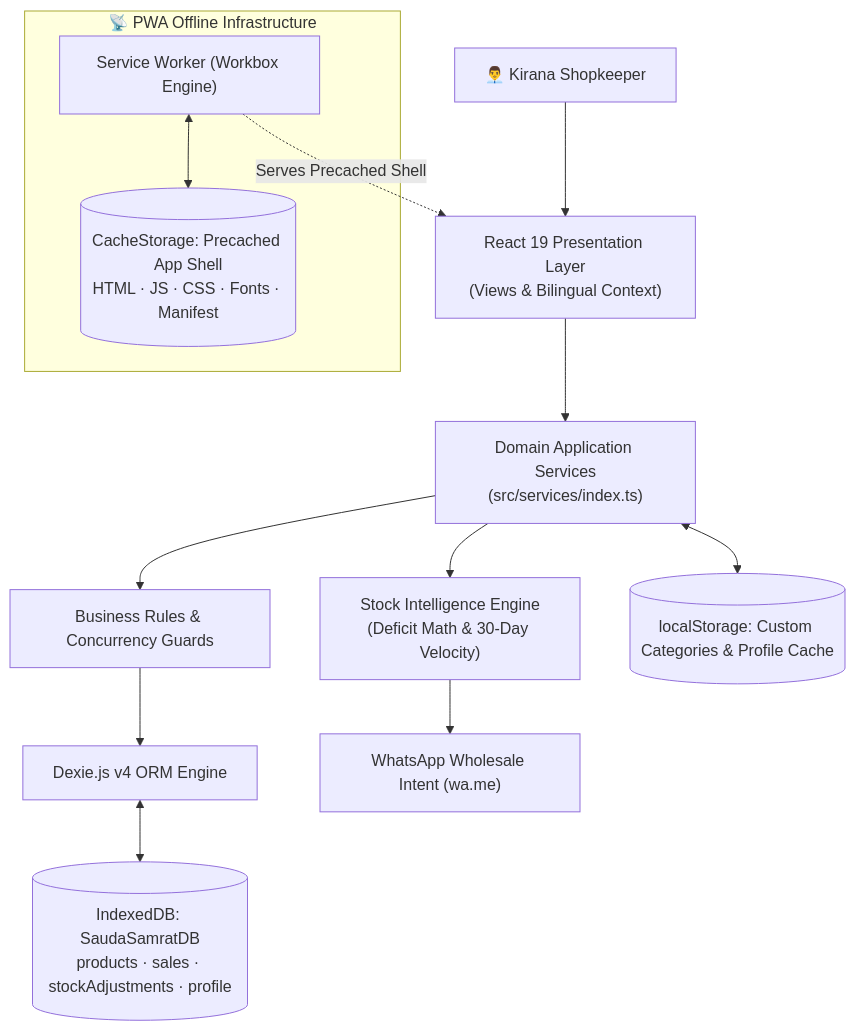
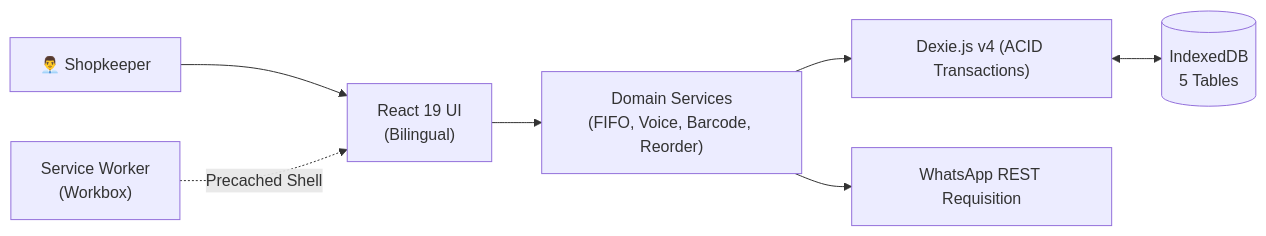
One commit to tiwari-priyanshu05/SaudaSamrat changed the first of 7 diagrams in README.md. Above: the diagram before and after it, drawn with Mermaid. The commit also changed other lines of this file and 76 other files, not shown here.

Commit message:
feat: complete SaudaSamrat offline kirana inventory PWA with Modern Indian Retail UI, 9 phases & 169 tests

````diff
--- a/README.md
+++ b/README.md
@@ -182,20 +177,9 @@
 ```mermaid
-flowchart TD
-    User["👨‍💼 Kirana Shopkeeper"] --> UI["React 19 Presentation Layer\n(Views & Bilingual Context)"]
-    
-    subgraph PWA["📡 PWA Offline Infrastructure"]
-        SW["Service Worker (Workbox Engine)"] <--> Cache[("CacheStorage: Precached App Shell\nHTML · JS · CSS · Fonts · Manifest")]
-    end
-
-    SW -.->|"Serves Precached Shell"| UI
-
-    UI --> Services["Domain Application Services\n(src/services/index.ts)"]
-    Services --> Validation["Business Rules & Concurrency Guards"]
-    Services --> Intel["Stock Intelligence Engine\n(Deficit Math & 30-Day Velocity)"]
-    
-    Validation --> Dexie["Dexie.js v4 ORM Engine"]
-    Dexie <--> IDB[("IndexedDB: SaudaSamratDB\nproducts · sales · stockAdjustments · profile")]
-    Services <--> LS[("localStorage: Custom Categories & Profile Cache")]
-    
-    Intel --> WA["WhatsApp Wholesale Intent (wa.me)"]
+flowchart LR
+    User["👨‍💼 Shopkeeper"] --> UI["React 19 UI\n(Bilingual)"]
+    SW["Service Worker\n(Workbox)"] -.->|"Precached Shell"| UI
+    UI --> Services["Domain Services\n(FIFO, Voice, Barcode, Reorder)"]
+    Services --> Dexie["Dexie.js v4 (ACID Transactions)"]
+    Dexie <--> IDB[("IndexedDB\n5 Tables")]
+    Services --> WA["WhatsApp REST Requisition"]
 ```
````
